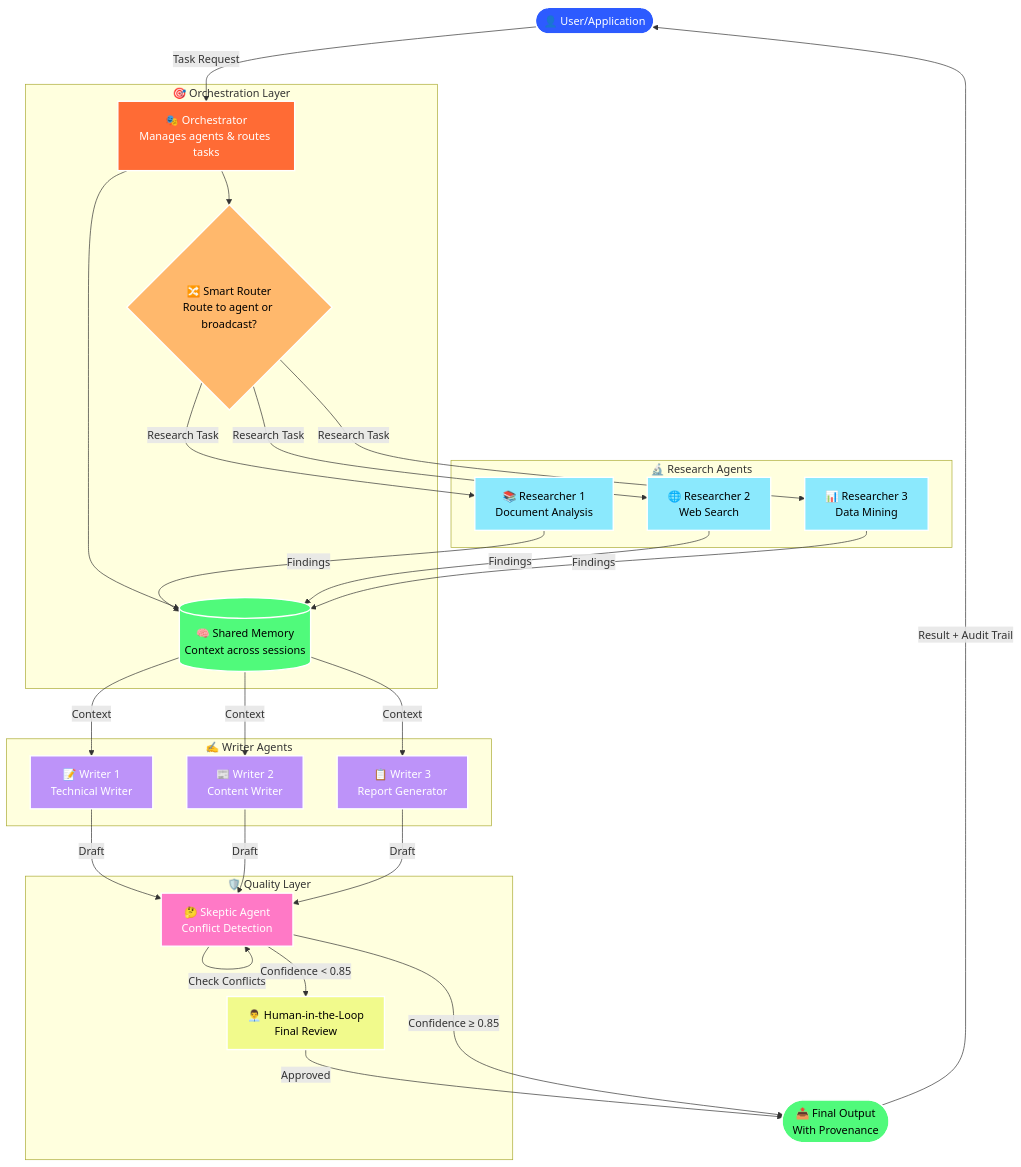
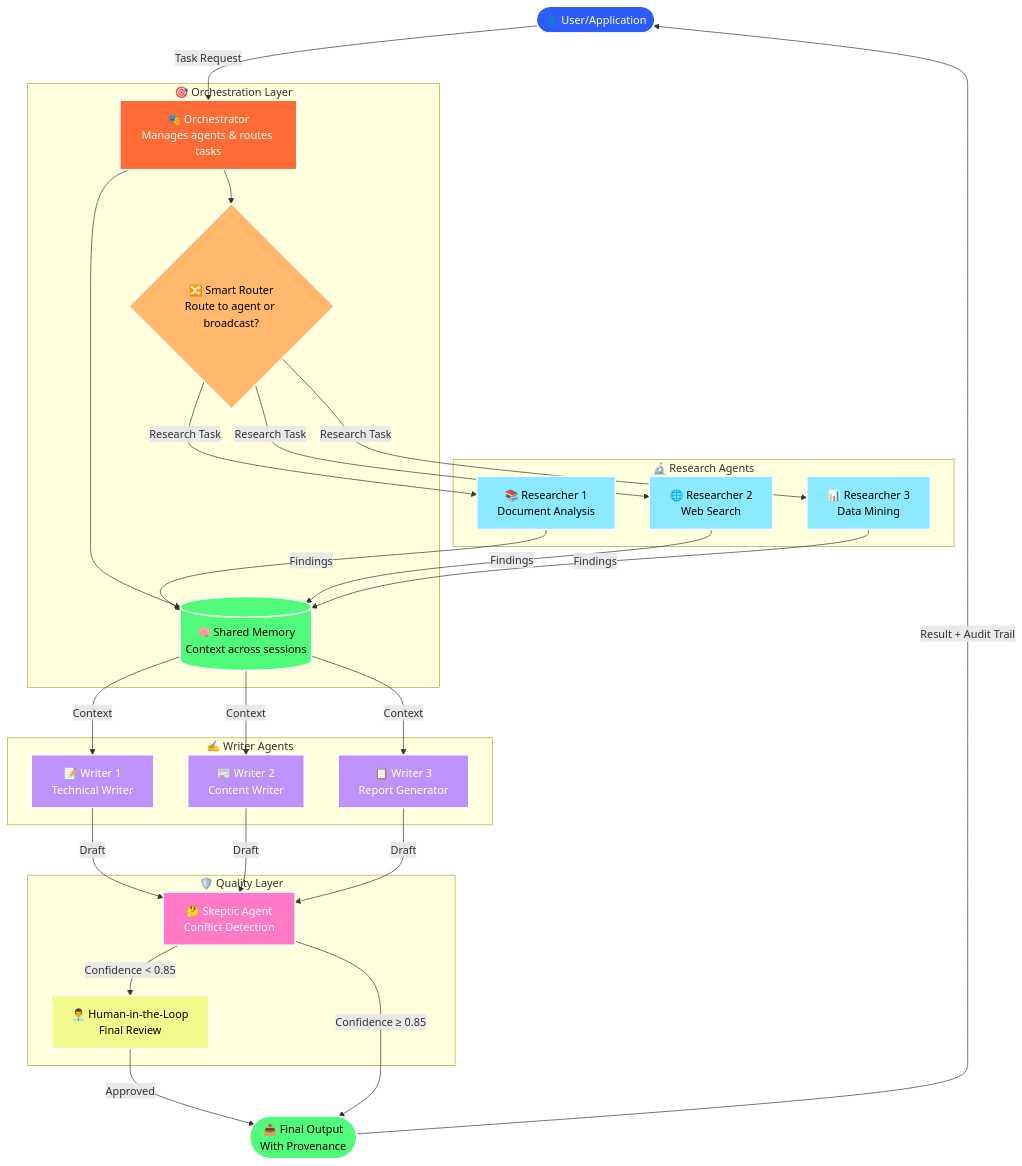
One commit to sachinecin/AHS_Agentic changed the first of 5 diagrams in README.md. Above: the diagram before and after it, drawn with Mermaid.

Commit message:
Remove self-referencing Skeptic loop for clarity

````diff
--- a/README.md
+++ b/README.md
@@ -20,70 +20,69 @@
 ```mermaid
 graph TB
     User([👤 User/Application])
     
     subgraph "🎯 Orchestration Layer"
         Orchestrator[🎭 Orchestrator<br/>Manages agents & routes tasks]
         SharedMemory[(🧠 Shared Memory<br/>Context across sessions)]
         Router{🔀 Smart Router<br/>Route to agent or broadcast?}
     end
     
     subgraph "🔬 Research Agents"
         R1[📚 Researcher 1<br/>Document Analysis]
         R2[🌐 Researcher 2<br/>Web Search]
         R3[📊 Researcher 3<br/>Data Mining]
     end
     
     subgraph "✍️ Writer Agents"
         W1[📝 Writer 1<br/>Technical Writer]
         W2[📰 Writer 2<br/>Content Writer]
         W3[📋 Writer 3<br/>Report Generator]
     end
     
     subgraph "🛡️ Quality Layer"
         Skeptic[🤔 Skeptic Agent<br/>Conflict Detection]
         HITL[👨‍💼 Human-in-the-Loop<br/>Final Review]
     end
     
     Output([📤 Final Output<br/>With Provenance])
     
     User -->|Task Request| Orchestrator
     Orchestrator --> SharedMemory
     Orchestrator --> Router
     
     Router -->|Research Task| R1
     Router -->|Research Task| R2
     Router -->|Research Task| R3
     
     R1 -->|Findings| SharedMemory
     R2 -->|Findings| SharedMemory
     R3 -->|Findings| SharedMemory
     
     SharedMemory -->|Context| W1
     SharedMemory -->|Context| W2
     SharedMemory -->|Context| W3
     
     W1 -->|Draft| Skeptic
     W2 -->|Draft| Skeptic
     W3 -->|Draft| Skeptic
     
-    Skeptic -->|Check Conflicts| Skeptic
     Skeptic -->|Confidence < 0.85| HITL
     HITL -->|Approved| Output
     Skeptic -->|Confidence ≥ 0.85| Output
     
     Output -->|Result + Audit Trail| User
     
     style User fill:#2D5BFF,color:#fff,stroke:#fff,stroke-width:2px
     style Orchestrator fill:#FF6B35,color:#fff,stroke:#fff,stroke-width:2px
     style SharedMemory fill:#50FA7B,color:#000,stroke:#fff,stroke-width:2px
     style Router fill:#FFB86C,color:#000,stroke:#fff,stroke-width:2px
     style R1 fill:#8BE9FD,color:#000,stroke:#fff,stroke-width:2px
     style R2 fill:#8BE9FD,color:#000,stroke:#fff,stroke-width:2px
     style R3 fill:#8BE9FD,color:#000,stroke:#fff,stroke-width:2px
     style W1 fill:#BD93F9,color:#fff,stroke:#fff,stroke-width:2px
     style W2 fill:#BD93F9,color:#fff,stroke:#fff,stroke-width:2px
     style W3 fill:#BD93F9,color:#fff,stroke:#fff,stroke-width:2px
     style Skeptic fill:#FF79C6,color:#fff,stroke:#fff,stroke-width:2px
     style HITL fill:#F1FA8C,color:#000,stroke:#fff,stroke-width:2px
     style Output fill:#50FA7B,color:#000,stroke:#fff,stroke-width:2px
 ```
````
